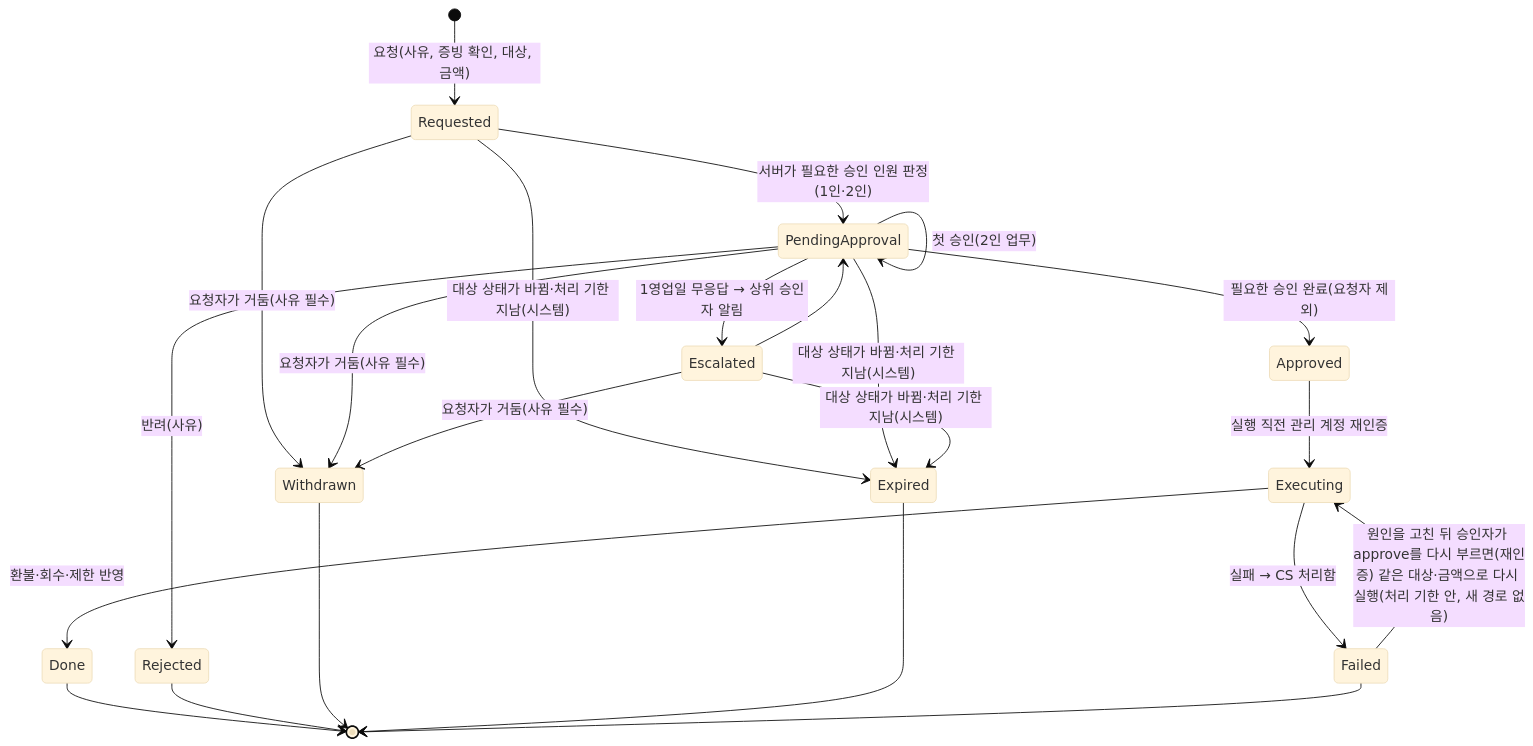
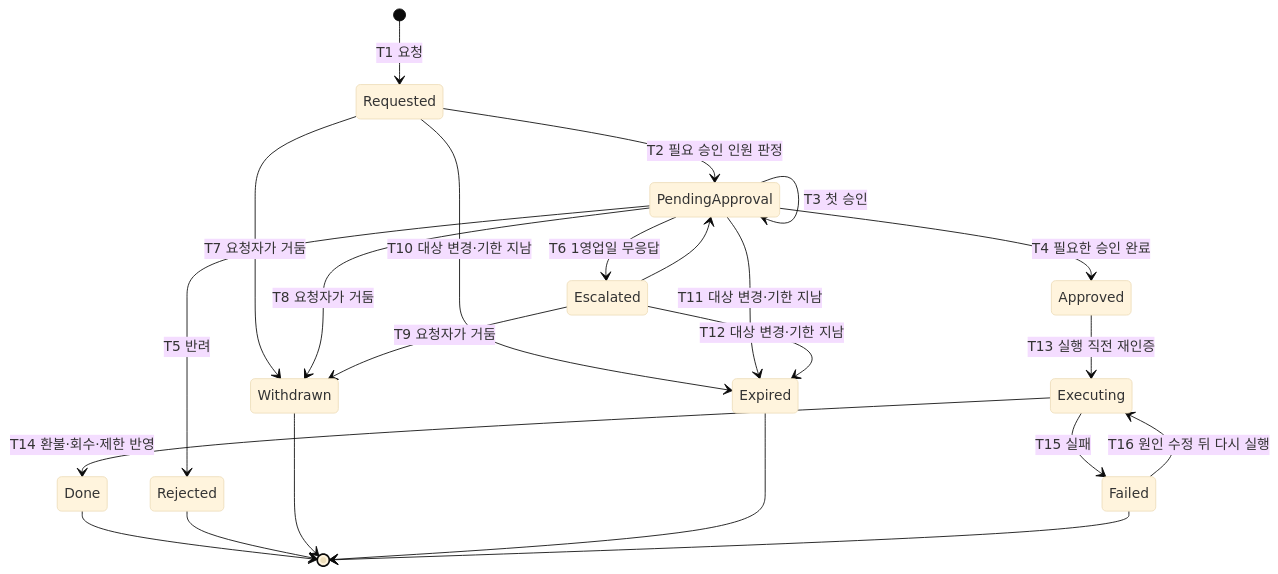
Before and after one commit to peaket/peaket: the fourth of 4 diagrams in docs/features/transfer-refund.md, drawn with Mermaid (base theme). The commit also changed other lines of this file and 101 other files, not shown here.

````diff
--- a/docs/features/transfer-refund.md
+++ b/docs/features/transfer-refund.md
@@ -264,25 +265,25 @@
 ```mermaid
 stateDiagram-v2
-    [*] --> Requested: 요청(사유, 증빙 확인, 대상, 금액)
-    Requested --> PendingApproval: 서버가 필요한 승인 인원 판정(1인·2인)
-    PendingApproval --> PendingApproval: 첫 승인(2인 업무)
-    PendingApproval --> Approved: 필요한 승인 완료(요청자 제외)
-    PendingApproval --> Rejected: 반려(사유)
-    PendingApproval --> Escalated: 1영업일 무응답 → 상위 승인자 알림
+    [*] --> Requested: T1 요청
+    Requested --> PendingApproval: T2 필요 승인 인원 판정
+    PendingApproval --> PendingApproval: T3 첫 승인
+    PendingApproval --> Approved: T4 필요한 승인 완료
+    PendingApproval --> Rejected: T5 반려
+    PendingApproval --> Escalated: T6 1영업일 무응답
     Escalated --> PendingApproval
-    Requested --> Withdrawn: 요청자가 거둠(사유 필수)
-    PendingApproval --> Withdrawn: 요청자가 거둠(사유 필수)
-    Escalated --> Withdrawn: 요청자가 거둠(사유 필수)
-    Requested --> Expired: 대상 상태가 바뀜·처리 기한 지남(시스템)
-    PendingApproval --> Expired: 대상 상태가 바뀜·처리 기한 지남(시스템)
-    Escalated --> Expired: 대상 상태가 바뀜·처리 기한 지남(시스템)
-    Approved --> Executing: 실행 직전 관리 계정 재인증
-    Executing --> Done: 환불·회수·제한 반영
-    Executing --> Failed: 실패 → CS 처리함
-    Failed --> Executing: 원인을 고친 뒤 승인자가 approve를 다시 부르면(재인증) 같은 대상·금액으로 다시 실행(처리 기한 안, 새 경로 없음)
+    Requested --> Withdrawn: T7 요청자가 거둠
+    PendingApproval --> Withdrawn: T8 요청자가 거둠
+    Escalated --> Withdrawn: T9 요청자가 거둠
+    Requested --> Expired: T10 대상 변경·기한 지남
+    PendingApproval --> Expired: T11 대상 변경·기한 지남
+    Escalated --> Expired: T12 대상 변경·기한 지남
+    Approved --> Executing: T13 실행 직전 재인증
+    Executing --> Done: T14 환불·회수·제한 반영
+    Executing --> Failed: T15 실패
+    Failed --> Executing: T16 원인 수정 뒤 다시 실행
     Done --> [*]
     Rejected --> [*]
     Withdrawn --> [*]
     Expired --> [*]
     Failed --> [*]
 ```
````
